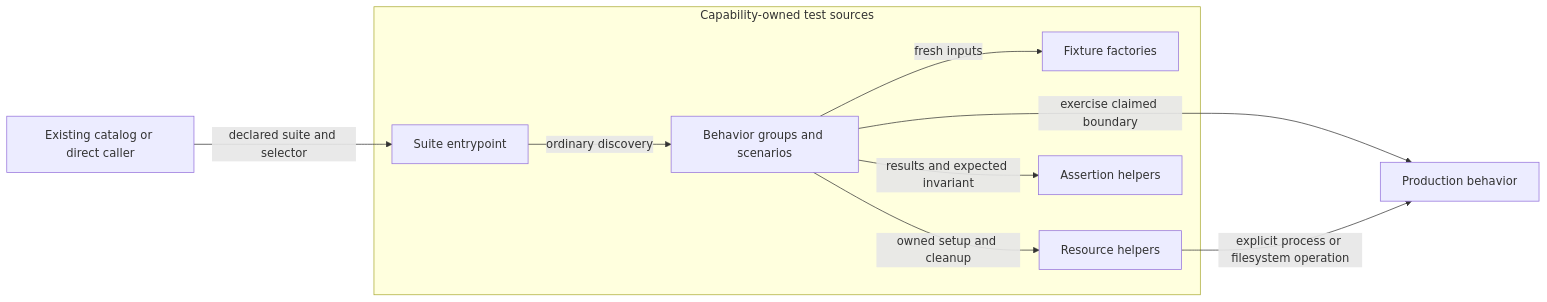
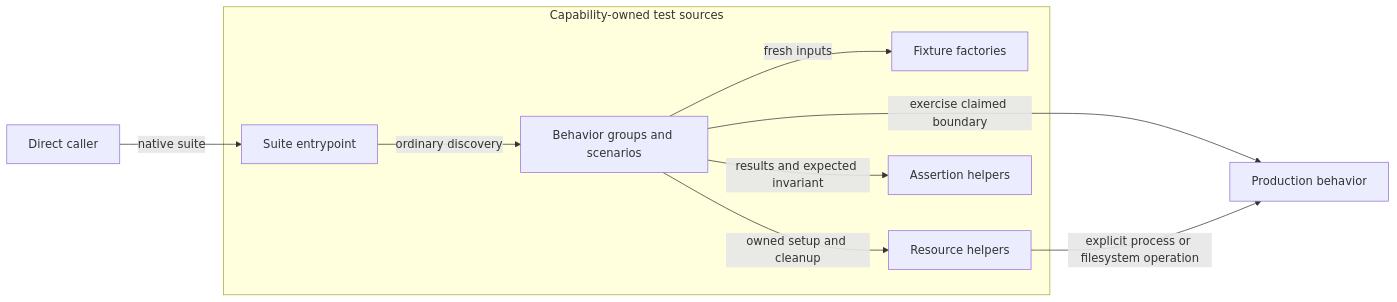
The diagram in design/support/test-design/rules.md (xiongxianfei/rigorloop), drawn with Mermaid before and after one commit. The commit also changed other lines of this file and 490 other files, not shown here.

````diff
--- a/design/support/test-design/rules.md
+++ b/design/support/test-design/rules.md
@@ -117,12 +116,12 @@
 ```mermaid
 flowchart LR
-    Caller["Existing catalog or direct caller"] -->|"declared suite and selector"| Entry
+    Caller["Direct caller"] -->|"native suite"| Entry
     subgraph Sources["Capability-owned test sources"]
         Entry["Suite entrypoint"] -->|"ordinary discovery"| Cases["Behavior groups and scenarios"]
         Cases -->|"fresh inputs"| Fixtures["Fixture factories"]
         Cases -->|"owned setup and cleanup"| Resources["Resource helpers"]
         Cases -->|"results and expected invariant"| Assertions["Assertion helpers"]
     end
     Cases -->|"exercise claimed boundary"| Subject["Production behavior"]
     Resources -->|"explicit process or filesystem operation"| Subject
 ```
````
